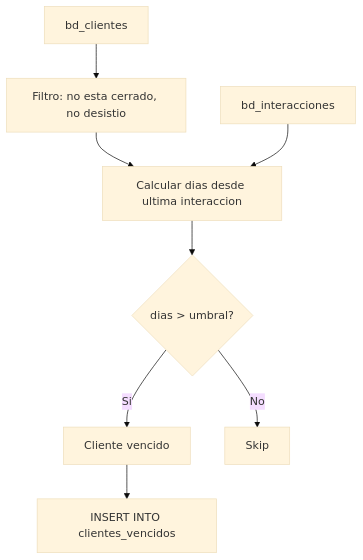
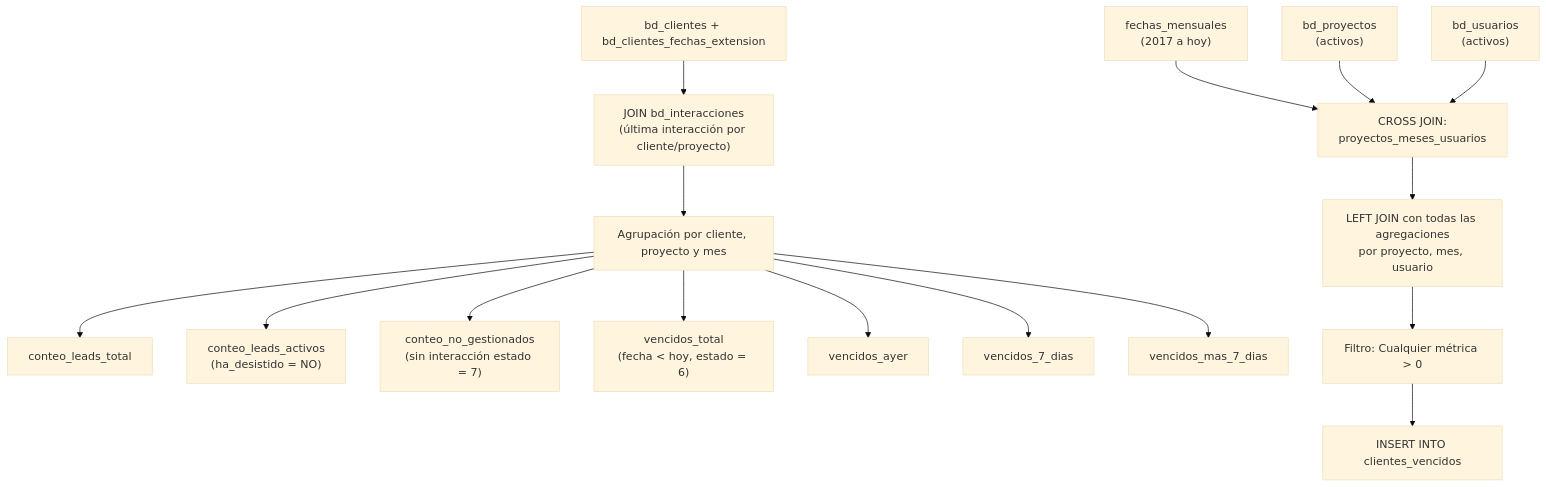
One commit to edwardvelo-performance/docs changed the diagram in business_logic/05_dashboard_calc/clientes_vencidos.md. Above: the diagram before and after it, drawn with Mermaid (base theme). The commit also changed other lines of this file and 15 other files, not shown here.

````diff
--- a/business_logic/05_dashboard_calc/clientes_vencidos.md
+++ b/business_logic/05_dashboard_calc/clientes_vencidos.md
@@ -49,10 +29,22 @@
 ```mermaid
 flowchart TD
-    A["bd_clientes"] --> F["Filtro: no esta cerrado, no desistio"]
-    F --> J["Calcular dias desde ultima interaccion"]
-    B["bd_interacciones"] --> J
-    J --> C{"dias > umbral?"}
-    C -- "Si" --> D["Cliente vencido"]
-    C -- "No" --> E["Skip"]
-    D --> X["INSERT INTO clientes_vencidos"]
+    A["fechas_mensuales<br/>(2017 a hoy)"] --> C["CROSS JOIN:<br/>proyectos_meses_usuarios"]
+    B["bd_proyectos<br/>(activos)"] --> C
+    U["bd_usuarios<br/>(activos)"] --> C
+
+    D["bd_clientes + bd_clientes_fechas_extension"] --> F["JOIN bd_interacciones<br/>(última interacción por cliente/proyecto)"]
+    
+    F --> G["Agrupación por cliente, proyecto y mes"]
+
+    G --> AGG1["conteo_leads_total"]
+    G --> AGG2["conteo_leads_activos<br/>(ha_desistido = NO)"]
+    G --> AGG3["conteo_no_gestionados<br/>(sin interacción estado = 7)"]
+    G --> AGG4["vencidos_total<br/>(fecha < hoy, estado = 6)"]
+    G --> AGG5["vencidos_ayer"]
+    G --> AGG6["vencidos_7_dias"]
+    G --> AGG7["vencidos_mas_7_dias"]
+
+    C --> H["LEFT JOIN con todas las agregaciones<br/>por proyecto, mes, usuario"]
+    H --> I["Filtro: Cualquier métrica > 0"]
+    I --> J["INSERT INTO clientes_vencidos"]
 ```
````
